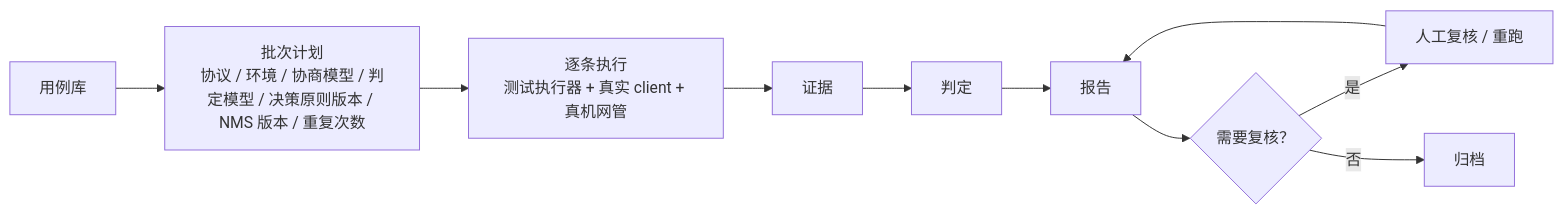
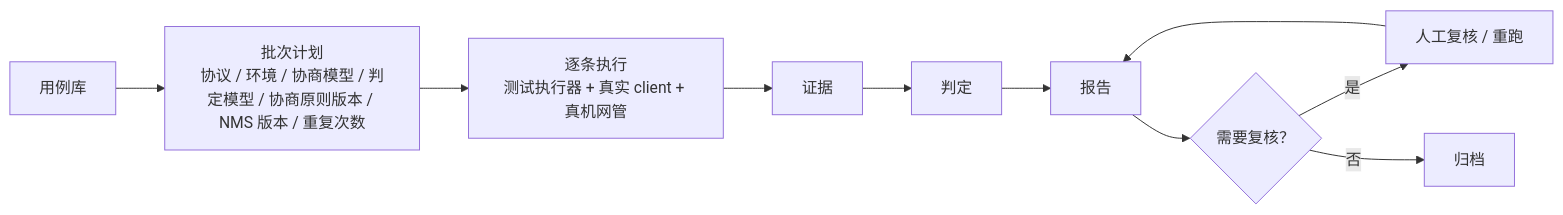
One commit to project-openan/a2a-t-sdk-python changed the tenth of 12 diagrams in a2a-t-sample/ran-energy-saving/TESTER-ARCHITECTURE.md. Above: the diagram before and after it, drawn with Mermaid. The commit also changed other lines of this file, not shown here.

````diff
--- a/a2a-t-sample/ran-energy-saving/TESTER-ARCHITECTURE.md
+++ b/a2a-t-sample/ran-energy-saving/TESTER-ARCHITECTURE.md
@@ -458,12 +462,12 @@
 ```mermaid
 flowchart LR
-  C["用例库"] --> B["批次计划<br/>协议 / 环境 / 协商模型 / 判定模型 / 决策原则版本 / NMS 版本 / 重复次数"]
+  C["用例库"] --> B["批次计划<br/>协议 / 环境 / 协商模型 / 判定模型 / 协商原则版本 / NMS 版本 / 重复次数"]
   B --> R["逐条执行<br/>测试执行器 + 真实 client + 真机网管"]
   R --> E["证据"]
   E --> J["判定"]
   J --> P["报告"]
   P --> V{"需要复核？"}
   V -- 是 --> H["人工复核 / 重跑"]
   V -- 否 --> Z["归档"]
   H --> P
 ```
````
